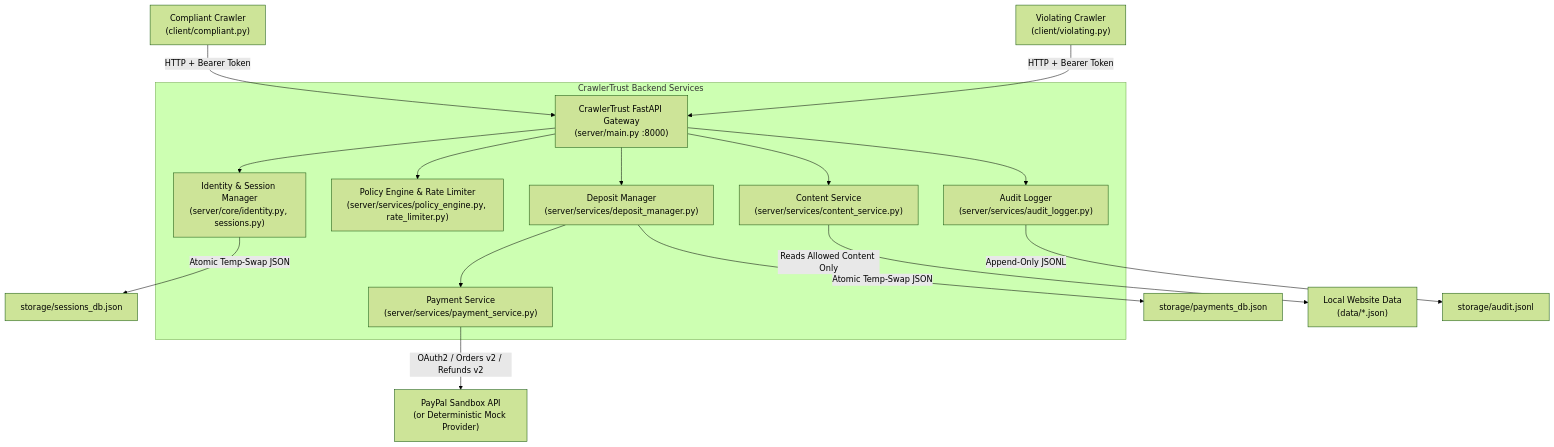
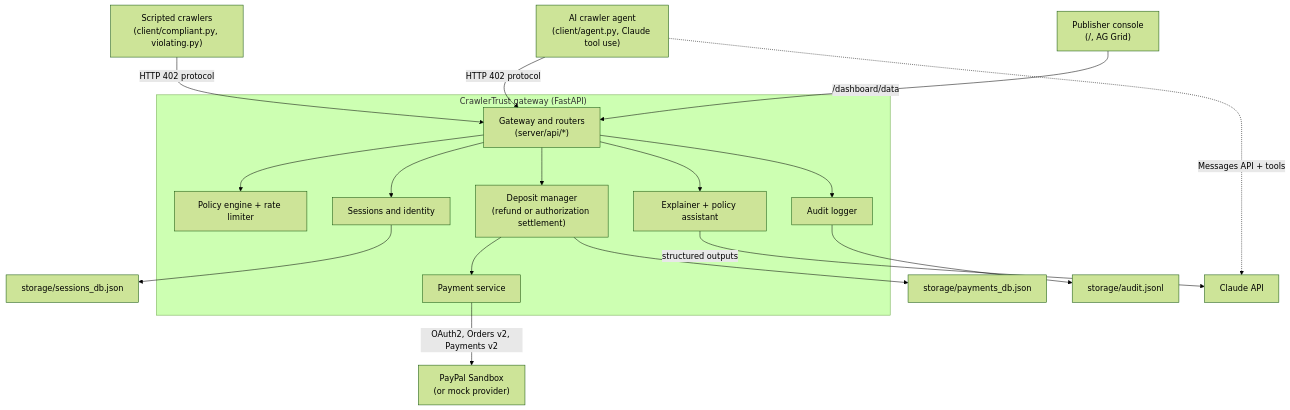
Before and after one commit to sartech-labs/Paypal-hackathon-idea-1: the first of 3 diagrams in README.md, drawn with Mermaid (forest theme). The commit also changed other lines of this file and 2 other files, not shown here.

````diff
--- a/README.md
+++ b/README.md
@@ -47,20 +219,22 @@
 ```mermaid
 flowchart TD
-    CA["Compliant Crawler\n(client/compliant.py)"] -->|HTTP + Bearer Token| GW["CrawlerTrust FastAPI Gateway\n(server/main.py :8000)"]
-    CB["Violating Crawler\n(client/violating.py)"] -->|HTTP + Bearer Token| GW
+    AGENT["AI crawler agent\n(client/agent.py, Claude tool use)"] -->|HTTP 402 protocol| GW
+    CLI["Scripted crawlers\n(client/compliant.py, violating.py)"] -->|HTTP 402 protocol| GW
+    PUB["Publisher console\n(/, AG Grid)"] -->|/dashboard/data| GW
+    AGENT -.->|Messages API + tools| CLAUDE["Claude API"]
 
-    subgraph Backend ["CrawlerTrust Backend Services"]
-        GW --> ID["Identity & Session Manager\n(server/core/identity.py, sessions.py)"]
-        GW --> PE["Policy Engine & Rate Limiter\n(server/services/policy_engine.py, rate_limiter.py)"]
-        GW --> DM["Deposit Manager\n(server/services/deposit_manager.py)"]
-        GW --> CS["Content Service\n(server/services/content_service.py)"]
-        DM --> PS["Payment Service\n(server/services/payment_service.py)"]
-        GW --> AL["Audit Logger\n(server/services/audit_logger.py)"]
+    subgraph Gateway ["CrawlerTrust gateway (FastAPI)"]
+        GW["Gateway and routers\n(server/api/*)"] --> PE["Policy engine + rate limiter"]
+        GW --> SM["Sessions and identity"]
+        GW --> DM["Deposit manager\n(refund or authorization settlement)"]
+        GW --> EX["Explainer + policy assistant"]
+        GW --> AL["Audit logger"]
+        DM --> PS["Payment service"]
     end
 
-    PS -->|OAuth2 / Orders v2 / Refunds v2| PP["PayPal Sandbox API\n(or Deterministic Mock Provider)"]
-    CS -->|Reads Allowed Content Only| DATA["Local Website Data\n(data/*.json)"]
-    AL -->|Append-Only JSONL| LOGS["storage/audit.jsonl"]
-    DM -->|Atomic Temp-Swap JSON| PDB["storage/payments_db.json"]
-    ID -->|Atomic Temp-Swap JSON| SDB["storage/sessions_db.json"]
+    EX -->|structured outputs| CLAUDE
+    PS -->|OAuth2, Orders v2, Payments v2| PP["PayPal Sandbox\n(or mock provider)"]
+    AL --> LOG["storage/audit.jsonl"]
+    DM --> PDB["storage/payments_db.json"]
+    SM --> SDB["storage/sessions_db.json"]
 ```
````
